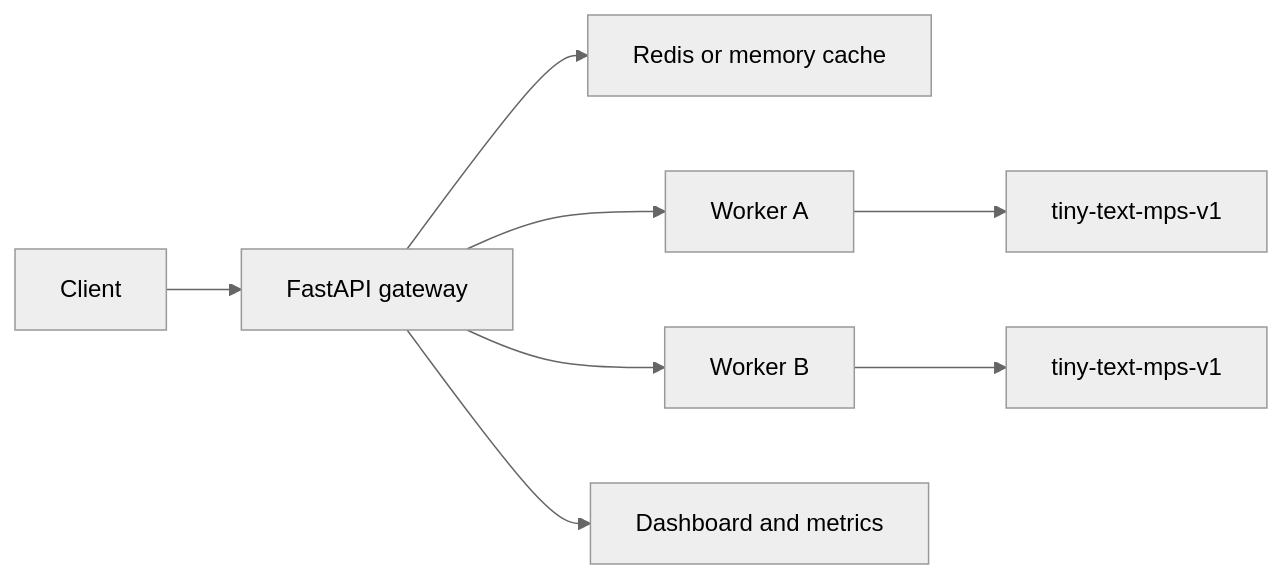
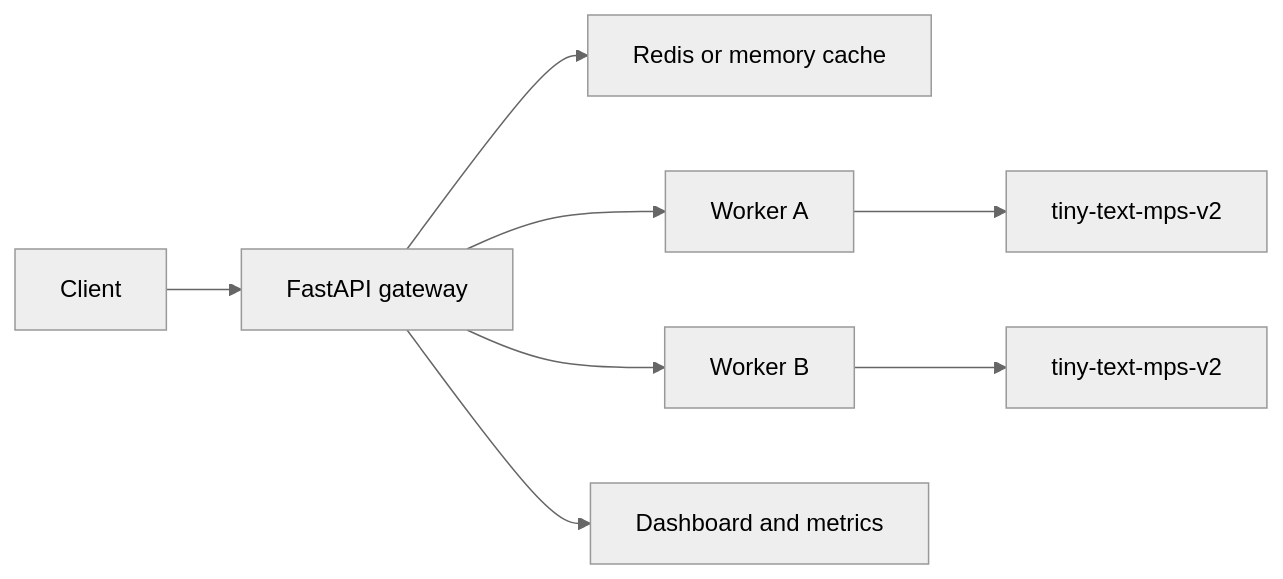
The diagram in docs/report.md (iPrakharV/ModelMesh), drawn with Mermaid (neutral theme) before and after one commit. The commit also changed other lines of this file and 7 other files, not shown here.

````diff
--- a/docs/report.md
+++ b/docs/report.md
@@ -30,10 +30,10 @@
 ```mermaid
 flowchart LR
     client["Client"] --> gateway["FastAPI gateway"]
     gateway --> cache["Redis or memory cache"]
     gateway --> worker_a["Worker A"]
     gateway --> worker_b["Worker B"]
-    worker_a --> model_a["tiny-text-mps-v1"]
-    worker_b --> model_b["tiny-text-mps-v1"]
+    worker_a --> model_a["tiny-text-mps-v2"]
+    worker_b --> model_b["tiny-text-mps-v2"]
     gateway --> dashboard["Dashboard and metrics"]
 ```
````
